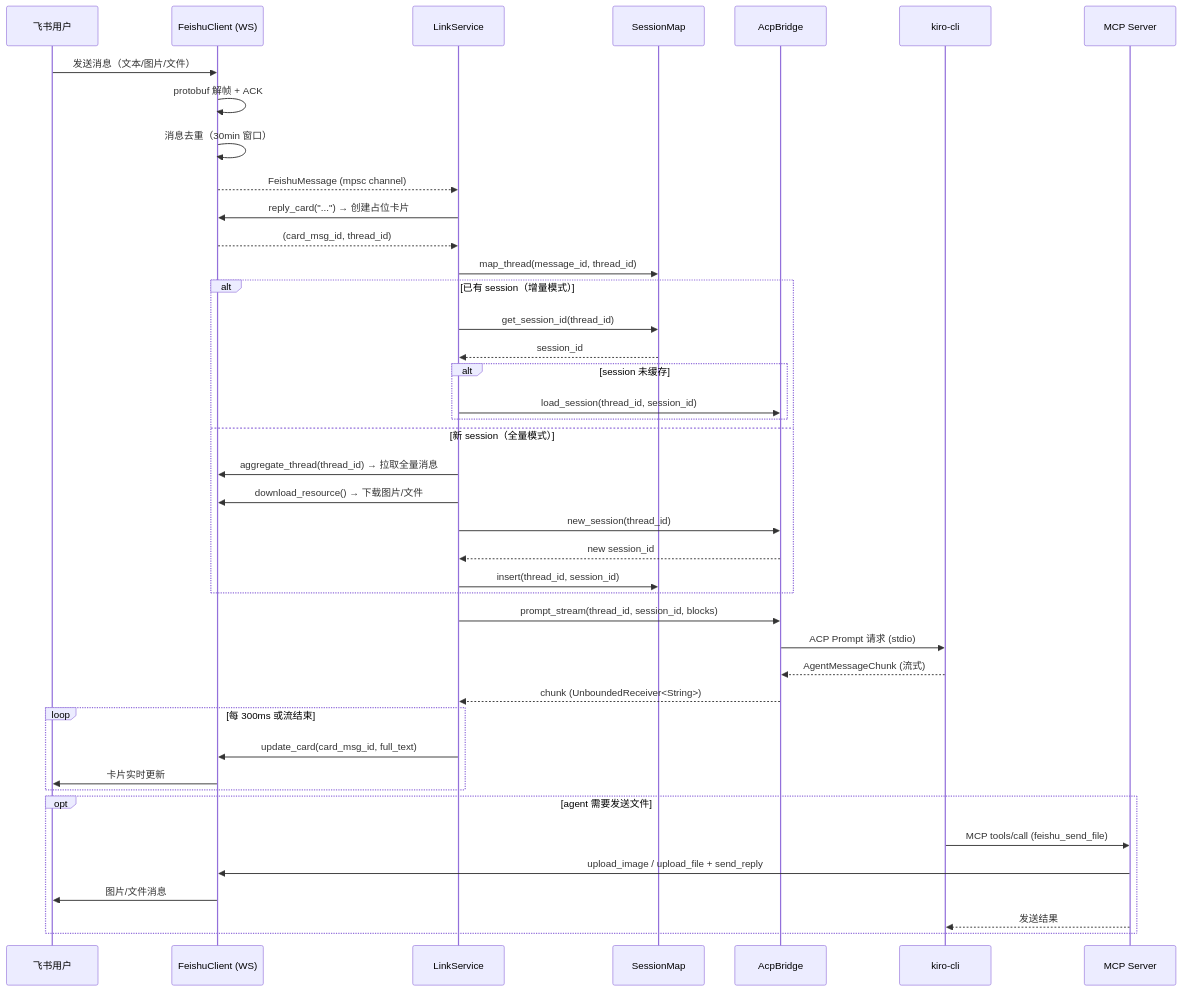
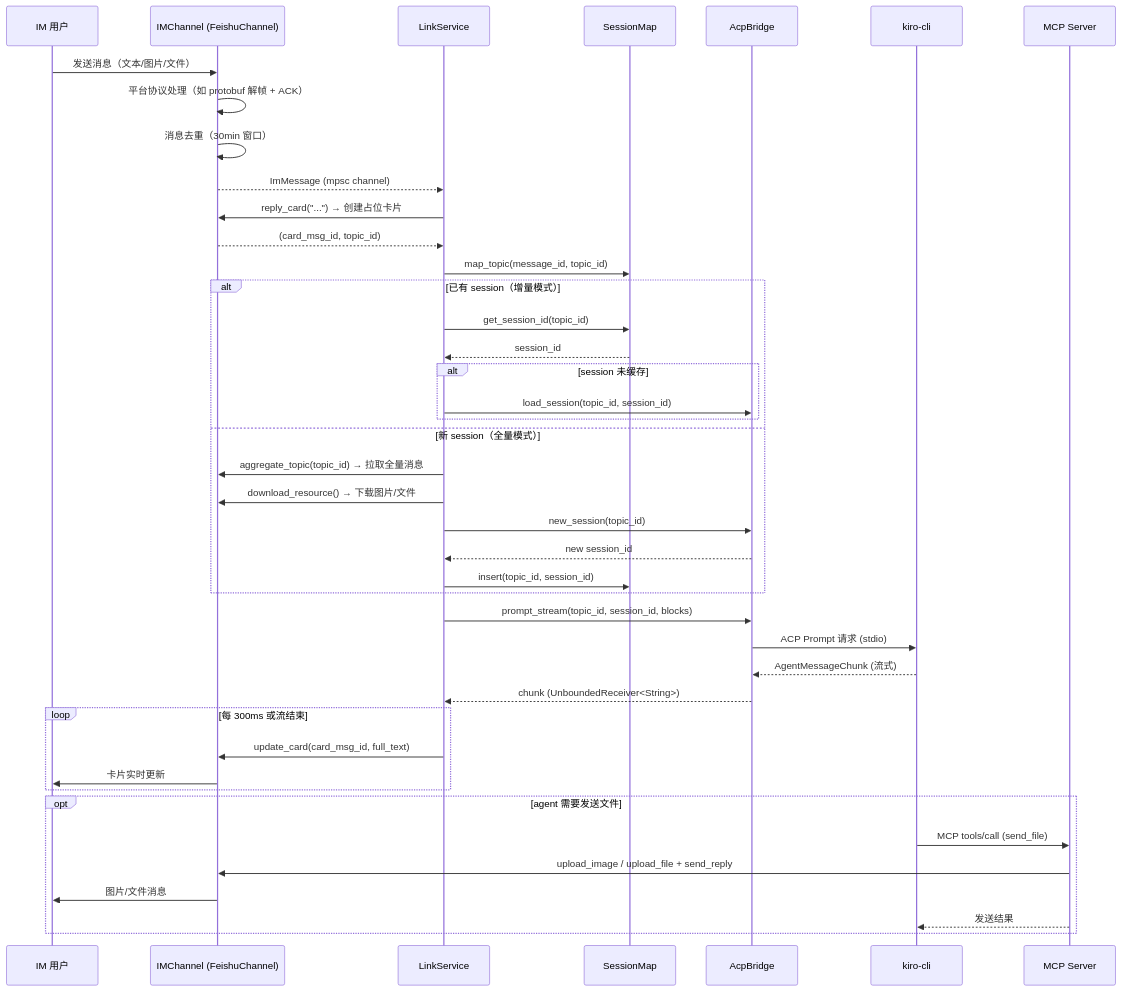
One commit to xufanglin/acp-link changed the second of 3 diagrams in docs/architecture.md. Above: the diagram before and after it, drawn with Mermaid. The commit also changed other lines of this file and 19 other files, not shown here.

````diff
--- a/docs/architecture.md
+++ b/docs/architecture.md
@@ -59,50 +68,50 @@
 ```mermaid
 sequenceDiagram
-    participant U as 飞书用户
-    participant F as FeishuClient (WS)
+    participant U as IM 用户
+    participant C as IMChannel (FeishuChannel)
     participant L as LinkService
     participant S as SessionMap
     participant A as AcpBridge
     participant K as kiro-cli
     participant M as MCP Server
 
-    U->>F: 发送消息（文本/图片/文件）
-    F->>F: protobuf 解帧 + ACK
-    F->>F: 消息去重（30min 窗口）
-    F-->>L: FeishuMessage (mpsc channel)
+    U->>C: 发送消息（文本/图片/文件）
+    C->>C: 平台协议处理（如 protobuf 解帧 + ACK）
+    C->>C: 消息去重（30min 窗口）
+    C-->>L: ImMessage (mpsc channel)
 
-    L->>F: reply_card("...") → 创建占位卡片
-    F-->>L: (card_msg_id, thread_id)
-    L->>S: map_thread(message_id, thread_id)
+    L->>C: reply_card("...") → 创建占位卡片
+    C-->>L: (card_msg_id, topic_id)
+    L->>S: map_topic(message_id, topic_id)
 
     alt 已有 session（增量模式）
-        L->>S: get_session_id(thread_id)
+        L->>S: get_session_id(topic_id)
         S-->>L: session_id
         alt session 未缓存
-            L->>A: load_session(thread_id, session_id)
+            L->>A: load_session(topic_id, session_id)
         end
     else 新 session（全量模式）
-        L->>F: aggregate_thread(thread_id) → 拉取全量消息
-        L->>F: download_resource() → 下载图片/文件
-        L->>A: new_session(thread_id)
+        L->>C: aggregate_topic(topic_id) → 拉取全量消息
+        L->>C: download_resource() → 下载图片/文件
+        L->>A: new_session(topic_id)
         A-->>L: new session_id
-        L->>S: insert(thread_id, session_id)
+        L->>S: insert(topic_id, session_id)
     end
 
-    L->>A: prompt_stream(thread_id, session_id, blocks)
+    L->>A: prompt_stream(topic_id, session_id, blocks)
     A->>K: ACP Prompt 请求 (stdio)
     K-->>A: AgentMessageChunk (流式)
     A-->>L: chunk (UnboundedReceiver<String>)
 
     loop 每 300ms 或流结束
-        L->>F: update_card(card_msg_id, full_text)
-        F->>U: 卡片实时更新
+        L->>C: update_card(card_msg_id, full_text)
+        C->>U: 卡片实时更新
     end
 
     opt agent 需要发送文件
-        K->>M: MCP tools/call (feishu_send_file)
-        M->>F: upload_image / upload_file + send_reply
-        F->>U: 图片/文件消息
+        K->>M: MCP tools/call (send_file)
+        M->>C: upload_image / upload_file + send_reply
+        C->>U: 图片/文件消息
         M-->>K: 发送结果
     end
 ```
````
